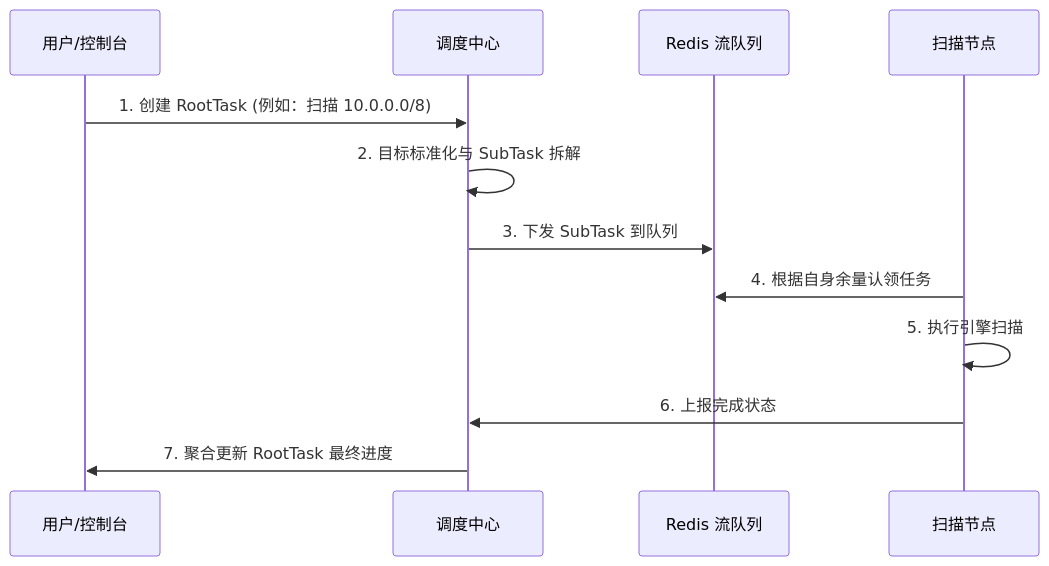
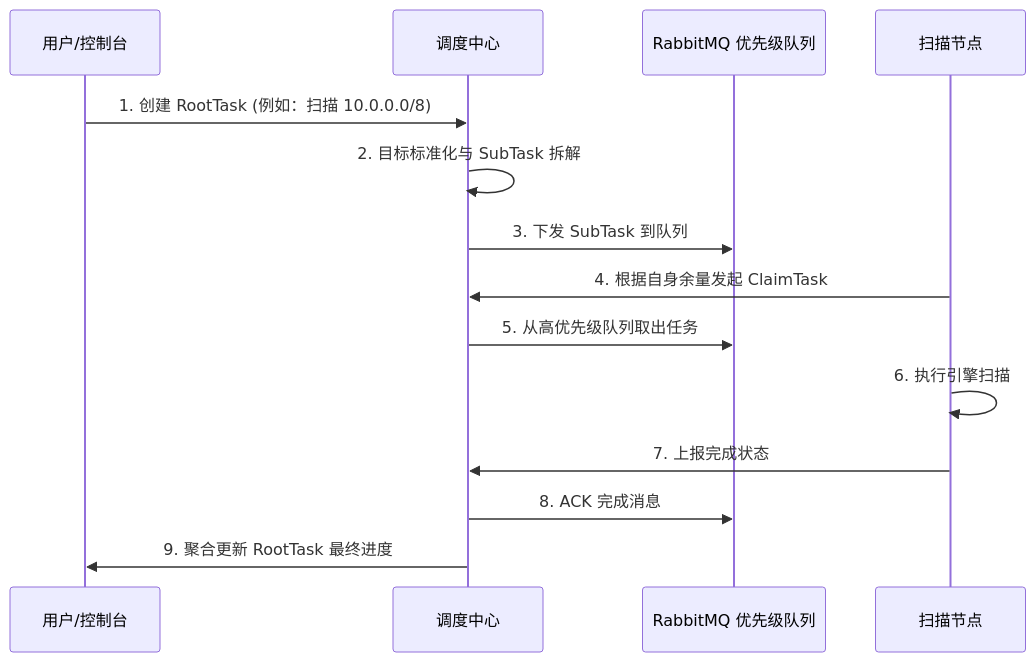
Before and after one commit to TokEat/argus: the second of 3 diagrams in docs/argus-technical-whitepaper.md, drawn with Mermaid. The commit also changed other lines of this file and 29 other files, not shown here.

Commit message:
feat: add root task ID tracking and initialize scan reporting dashboard

````diff
--- a/docs/argus-technical-whitepaper.md
+++ b/docs/argus-technical-whitepaper.md
@@ -83,15 +83,17 @@
 ```mermaid
 sequenceDiagram
     participant User as 用户/控制台
     participant Scheduler as 调度中心
-    participant Redis as Redis 流队列
+    participant MQ as RabbitMQ 优先级队列
     participant Agent as 扫描节点
 
     User->>Scheduler: 1. 创建 RootTask (例如：扫描 10.0.0.0/8)
     Scheduler->>Scheduler: 2. 目标标准化与 SubTask 拆解
-    Scheduler->>Redis: 3. 下发 SubTask 到队列
-    Agent->>Redis: 4. 根据自身余量认领任务
-    Agent->>Agent: 5. 执行引擎扫描
-    Agent->>Scheduler: 6. 上报完成状态
-    Scheduler->>User: 7. 聚合更新 RootTask 最终进度
+    Scheduler->>MQ: 3. 下发 SubTask 到队列
+    Agent->>Scheduler: 4. 根据自身余量发起 ClaimTask
+    Scheduler->>MQ: 5. 从高优先级队列取出任务
+    Agent->>Agent: 6. 执行引擎扫描
+    Agent->>Scheduler: 7. 上报完成状态
+    Scheduler->>MQ: 8. ACK 完成消息
+    Scheduler->>User: 9. 聚合更新 RootTask 最终进度
 ```
````
